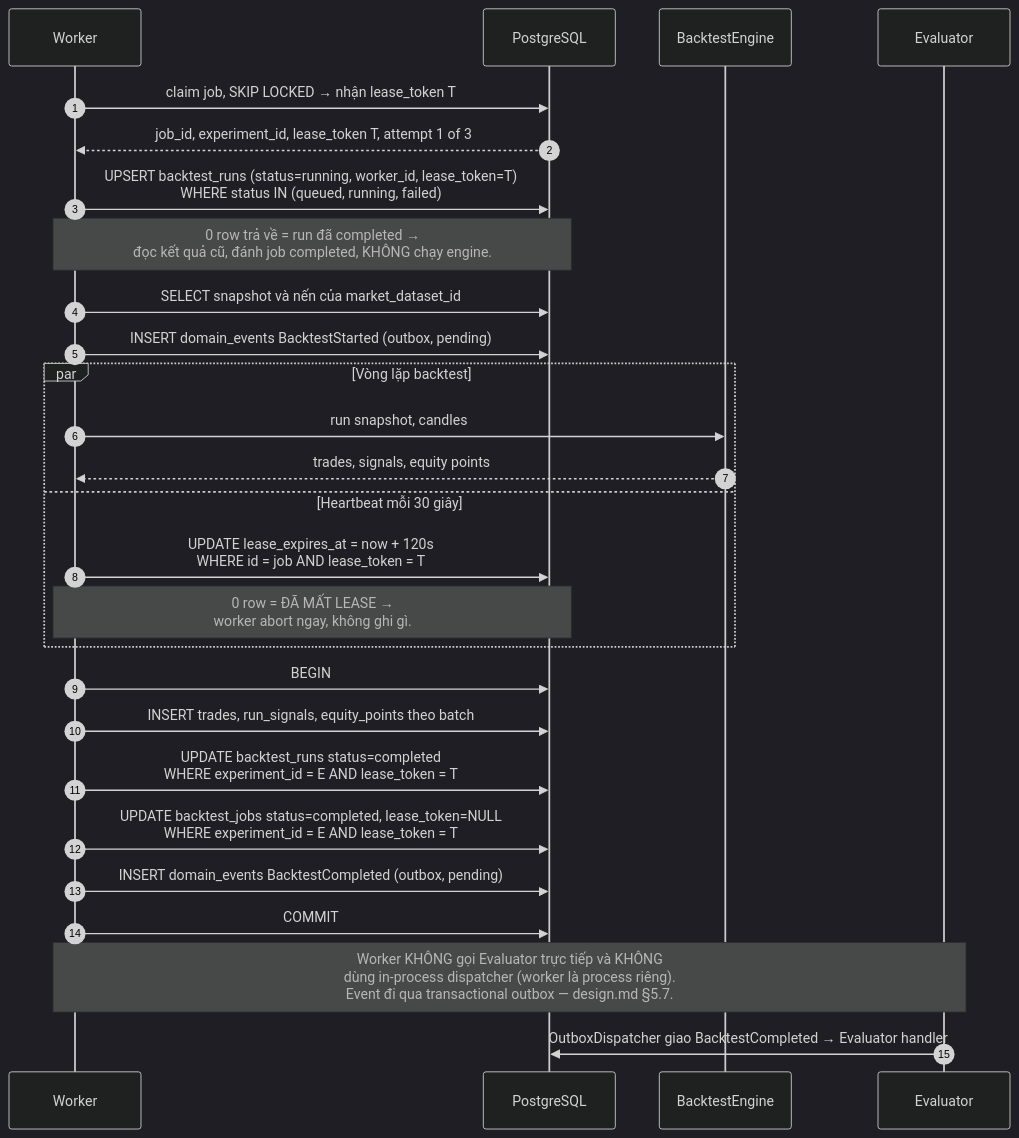
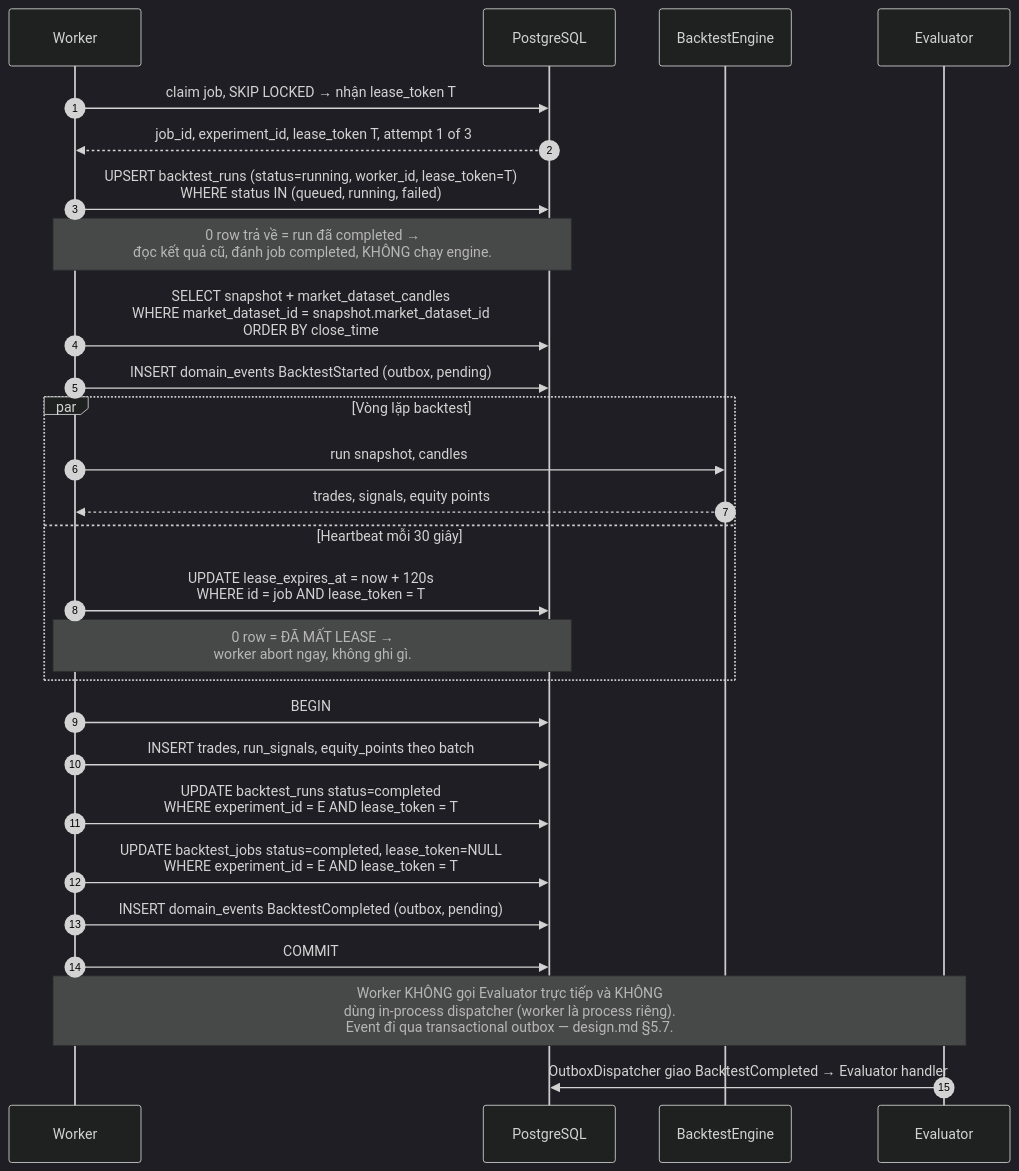
One commit to EnsoTech-Studio/CryptoBot changed the second of 4 diagrams in blueprint/specs/experiment.md. Above: the diagram before and after it, drawn with Mermaid (dark theme). The commit also changed other lines of this file and 59 other files, not shown here.

Commit message:
update(blueprint): finalize architecture contracts

````diff
--- a/blueprint/specs/experiment.md
+++ b/blueprint/specs/experiment.md
@@ -205,30 +217,30 @@
 ```mermaid
 sequenceDiagram
     autonumber
     participant W as Worker
     participant DB as PostgreSQL
     participant ENG as BacktestEngine
     participant EVA as Evaluator
 
     W->>DB: claim job, SKIP LOCKED → nhận lease_token T
     DB-->>W: job_id, experiment_id, lease_token T, attempt 1 of 3
     W->>DB: UPSERT backtest_runs (status=running, worker_id, lease_token=T)<br/>WHERE status IN (queued, running, failed)
     Note over W,DB: 0 row trả về = run đã completed →<br/>đọc kết quả cũ, đánh job completed, KHÔNG chạy engine.
-    W->>DB: SELECT snapshot và nến của market_dataset_id
+    W->>DB: SELECT snapshot + market_dataset_candles<br/>WHERE market_dataset_id = snapshot.market_dataset_id<br/>ORDER BY close_time
     W->>DB: INSERT domain_events BacktestStarted (outbox, pending)
     par Vòng lặp backtest
         W->>ENG: run snapshot, candles
         ENG-->>W: trades, signals, equity points
     and Heartbeat mỗi 30 giây
         W->>DB: UPDATE lease_expires_at = now + 120s<br/>WHERE id = job AND lease_token = T
         Note over W,DB: 0 row = ĐÃ MẤT LEASE →<br/>worker abort ngay, không ghi gì.
     end
     W->>DB: BEGIN
     W->>DB: INSERT trades, run_signals, equity_points theo batch
     W->>DB: UPDATE backtest_runs status=completed<br/>WHERE experiment_id = E AND lease_token = T
     W->>DB: UPDATE backtest_jobs status=completed, lease_token=NULL<br/>WHERE experiment_id = E AND lease_token = T
     W->>DB: INSERT domain_events BacktestCompleted (outbox, pending)
     W->>DB: COMMIT
     Note over W,EVA: Worker KHÔNG gọi Evaluator trực tiếp và KHÔNG<br/>dùng in-process dispatcher (worker là process riêng).<br/>Event đi qua transactional outbox — design.md §5.7.
     EVA->>DB: OutboxDispatcher giao BacktestCompleted → Evaluator handler
 ```
````
